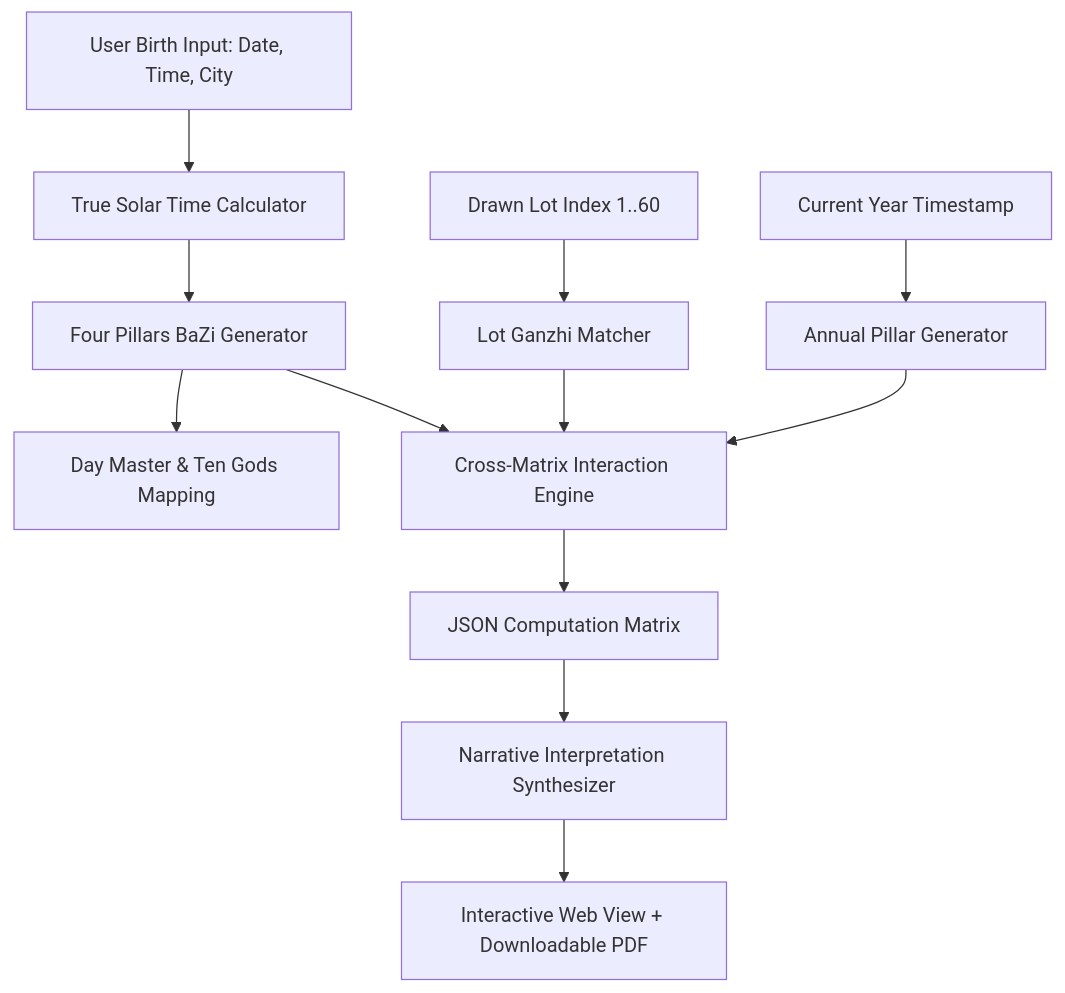
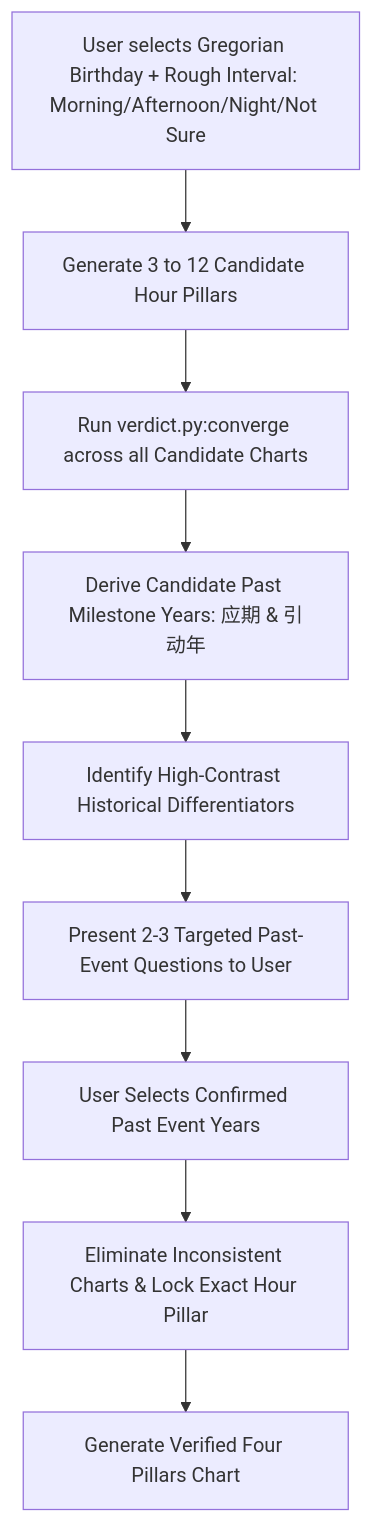
Before and after one commit to whowillcare/mazu-app: the second of 2 diagrams in docs/planning/03_PERSONALIZATION_ENGINE_SPEC.md, drawn with Mermaid. The commit also changed other lines of this file and 5 other files, not shown here.

````diff
--- a/docs/planning/03_PERSONALIZATION_ENGINE_SPEC.md
+++ b/docs/planning/03_PERSONALIZATION_ENGINE_SPEC.md
@@ -21,18 +83,11 @@
 ```mermaid
 graph TD
-    A[User Birth Input: Date, Time, City] --> B[True Solar Time Calculator]
-    B --> C[Four Pillars BaZi Generator]
-    C --> D[Day Master & Ten Gods Mapping]
-    
-    E[Drawn Lot Index 1..60] --> F[Lot Ganzhi Matcher]
-    
-    G[Current Year Timestamp] --> H[Annual Pillar Generator]
-    
-    C --> I[Cross-Matrix Interaction Engine]
-    F --> I
-    H --> I
-    
-    I --> J[JSON Computation Matrix]
-    J --> K[Narrative Interpretation Synthesizer]
-    K --> L[Interactive Web View + Downloadable PDF]
+    Input[User selects Gregorian Birthday + Rough Interval: Morning/Afternoon/Night/Not Sure] --> Expansion[Generate 3 to 12 Candidate Hour Pillars]
+    Expansion --> Calc[Run verdict.py:converge across all Candidate Charts]
+    Calc --> Events[Derive Candidate Past Milestone Years: 应期 & 引动年]
+    Events --> Diff[Identify High-Contrast Historical Differentiators]
+    Diff --> Quiz[Present 2-3 Targeted Past-Event Questions to User]
+    Quiz --> UserAns[User Selects Confirmed Past Event Years]
+    UserAns --> Converge[Eliminate Inconsistent Charts & Lock Exact Hour Pillar]
+    Converge --> LockedPan[Generate Verified Four Pillars Chart]
 ```
````
